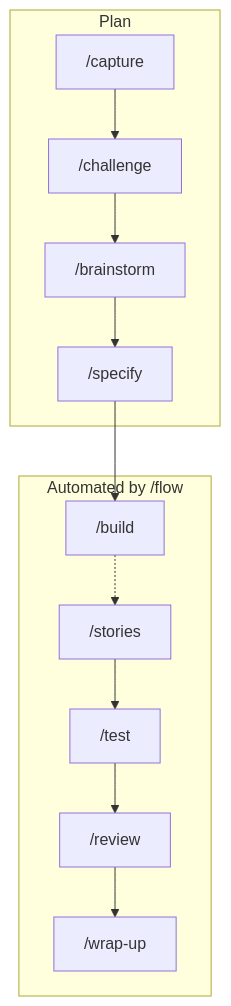
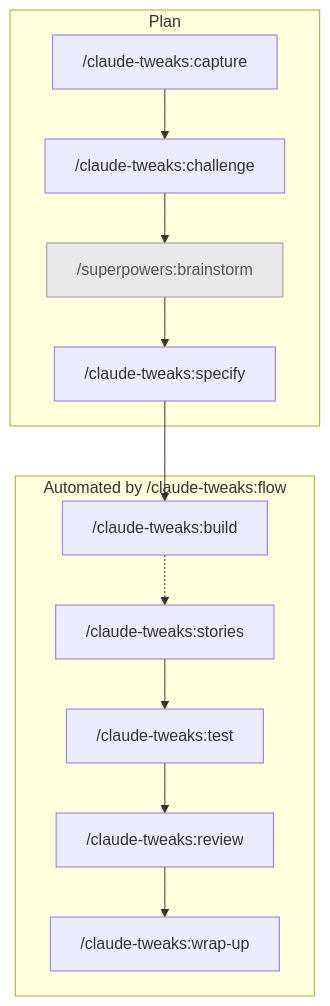
The first of 2 diagrams in README.md (thomasholknielsen/claude-tweaks), drawn with Mermaid before and after one commit. The commit also changed other lines of this file and 1 other file, not shown here.

````diff
--- a/README.md
+++ b/README.md
@@ -57,17 +57,19 @@
 ```mermaid
 graph TD
   subgraph Plan
-    capture["/capture"] --> challenge["/challenge"]
-    challenge --> brainstorm["/brainstorm"]
-    brainstorm --> specify["/specify"]
+    capture["/claude-tweaks:capture"] --> challenge["/claude-tweaks:challenge"]
+    challenge --> brainstorm["/superpowers:brainstorm"]:::sp
+    brainstorm --> specify["/claude-tweaks:specify"]
   end
 
-  subgraph Ship ["Automated by /flow"]
-    build["/build"] -.-> stories["/stories"]
-    stories --> test["/test"]
-    test --> review["/review"]
-    review --> wrapup["/wrap-up"]
+  subgraph Ship ["Automated by /claude-tweaks:flow"]
+    build["/claude-tweaks:build"] -.-> stories["/claude-tweaks:stories"]
+    stories --> test["/claude-tweaks:test"]
+    test --> review["/claude-tweaks:review"]
+    review --> wrapup["/claude-tweaks:wrap-up"]
   end
 
   specify --> build
+
+  classDef sp fill:#e8e8e8,stroke:#999,color:#555
 ```
````
